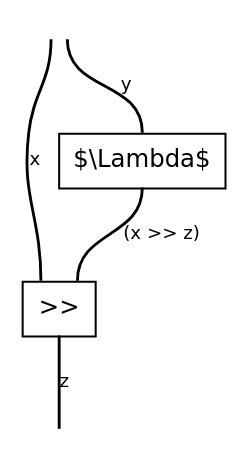
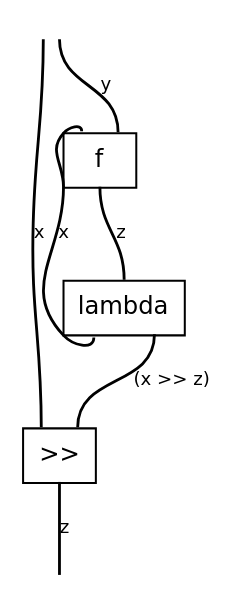
The diagram in docs/_static/cmap/biclosed-curry-right.dot (discopy/discopy), drawn with Graphviz before and after one commit. The commit also changed 5 other files, not shown here.

```diff
--- a/docs/_static/cmap/biclosed-curry-right.dot
+++ b/docs/_static/cmap/biclosed-curry-right.dot
@@ -1,15 +1,18 @@
 graph cmap {
   graph [bgcolor="white", fontname="DejaVu Sans", layout="dot", margin="0.04", outputorder="edgesfirst", overlap="false", rankdir="TB", splines="true"];
   node [color="black", fontname="DejaVu Sans", fontsize="12", margin="0", shape="plain"];
   edge [color="black", fontname="DejaVu Sans", fontsize="9", headclip="true", penwidth="1.4", tailclip="true"];
-  v0 [label=<<TABLE BORDER="0" CELLBORDER="0" CELLSPACING="0"><TR><TD PORT="p2" TOOLTIP="dom 0: y (up)" BORDER="0" CELLPADDING="0" COLSPAN="1" WIDTH="18" HEIGHT="0"></TD></TR><TR><TD BORDER="1" CELLPADDING="6" COLSPAN="1" WIDTH="18">$\Lambda$</TD></TR><TR><TD PORT="p3" TOOLTIP="cod 0: (x &gt;&gt; z) (down)" BORDER="0" CELLPADDING="0" COLSPAN="1" WIDTH="18" HEIGHT="0"></TD></TR></TABLE>>];
-  v1 [label=<<TABLE BORDER="0" CELLBORDER="0" CELLSPACING="0"><TR><TD PORT="p4" TOOLTIP="dom 0: x (up)" BORDER="0" CELLPADDING="0" COLSPAN="1" WIDTH="18" HEIGHT="0"></TD><TD PORT="p5" TOOLTIP="dom 1: (x &gt;&gt; z) (up)" BORDER="0" CELLPADDING="0" COLSPAN="1" WIDTH="18" HEIGHT="0"></TD></TR><TR><TD BORDER="1" CELLPADDING="6" COLSPAN="2" WIDTH="36">&gt;&gt;</TD></TR><TR><TD PORT="p6" TOOLTIP="cod 0: z (down)" BORDER="0" CELLPADDING="0" COLSPAN="2" WIDTH="36" HEIGHT="0"></TD></TR></TABLE>>];
+  v0 [label=<<TABLE BORDER="0" CELLBORDER="0" CELLSPACING="0"><TR><TD PORT="p2" TOOLTIP="dom 0: x (up)" BORDER="0" CELLPADDING="0" COLSPAN="1" WIDTH="18" HEIGHT="0"></TD><TD PORT="p3" TOOLTIP="dom 1: y (up)" BORDER="0" CELLPADDING="0" COLSPAN="1" WIDTH="18" HEIGHT="0"></TD></TR><TR><TD BORDER="1" CELLPADDING="6" COLSPAN="2" WIDTH="36">f</TD></TR><TR><TD PORT="p4" TOOLTIP="cod 0: z (down)" BORDER="0" CELLPADDING="0" COLSPAN="2" WIDTH="36" HEIGHT="0"></TD></TR></TABLE>>];
+  v1 [label=<<TABLE BORDER="0" CELLBORDER="0" CELLSPACING="0"><TR><TD PORT="p5" TOOLTIP="dom 0: z (up)" BORDER="0" CELLPADDING="0" COLSPAN="2" WIDTH="36" HEIGHT="0"></TD></TR><TR><TD BORDER="1" CELLPADDING="6" COLSPAN="2" WIDTH="36">lambda</TD></TR><TR><TD PORT="p7" TOOLTIP="cod 0: x (down)" BORDER="0" CELLPADDING="0" COLSPAN="1" WIDTH="18" HEIGHT="0"></TD><TD PORT="p6" TOOLTIP="cod 1: (x &gt;&gt; z) (down)" BORDER="0" CELLPADDING="0" COLSPAN="1" WIDTH="18" HEIGHT="0"></TD></TR></TABLE>>];
+  v2 [label=<<TABLE BORDER="0" CELLBORDER="0" CELLSPACING="0"><TR><TD PORT="p8" TOOLTIP="dom 0: x (up)" BORDER="0" CELLPADDING="0" COLSPAN="1" WIDTH="18" HEIGHT="0"></TD><TD PORT="p9" TOOLTIP="dom 1: (x &gt;&gt; z) (up)" BORDER="0" CELLPADDING="0" COLSPAN="1" WIDTH="18" HEIGHT="0"></TD></TR><TR><TD BORDER="1" CELLPADDING="6" COLSPAN="2" WIDTH="36">&gt;&gt;</TD></TR><TR><TD PORT="p10" TOOLTIP="cod 0: z (down)" BORDER="0" CELLPADDING="0" COLSPAN="2" WIDTH="36" HEIGHT="0"></TD></TR></TABLE>>];
   input [label=<<TABLE BORDER="0" CELLBORDER="0" CELLSPACING="0"><TR><TD PORT="p0" TOOLTIP="input 0: x" BORDER="0" CELLPADDING="4"></TD><TD PORT="p1" TOOLTIP="input 1: y" BORDER="0" CELLPADDING="4"></TD></TR></TABLE>>];
-  output [label=<<TABLE BORDER="0" CELLBORDER="0" CELLSPACING="0"><TR><TD PORT="p7" TOOLTIP="output 0: z" BORDER="0" CELLPADDING="4"></TD></TR></TABLE>>];
+  output [label=<<TABLE BORDER="0" CELLBORDER="0" CELLSPACING="0"><TR><TD PORT="p11" TOOLTIP="output 0: z" BORDER="0" CELLPADDING="4"></TD></TR></TABLE>>];
   { rank=min; input; }
   { rank=max; output; }
-  input:p0:s -- v1:p4:n [label="x", labeldistance="1.6", len="0.85"];
-  input:p1:s -- v0:p2:n [label="y", labeldistance="1.6", len="0.85"];
-  v0:p3:s -- v1:p5:n [label="(x >> z)", labeldistance="1.6", len="0.85"];
-  v1:p6:s -- output:p7:n [label="z", labeldistance="1.6", len="0.85"];
+  input:p0:s -- v2:p8:n [label="x", labeldistance="1.6", len="0.85"];
+  input:p1:s -- v0:p3:n [label="y", labeldistance="1.6", len="0.85"];
+  v0:p2:n -- v1:p7:s [label="x", labeldistance="1.6", len="0.85"];
+  v0:p4:s -- v1:p5:n [label="z", labeldistance="1.6", len="0.85"];
+  v1:p6:s -- v2:p9:n [label="(x >> z)", labeldistance="1.6", len="0.85"];
+  v2:p10:s -- output:p11:n [label="z", labeldistance="1.6", len="0.85"];
 }
```
